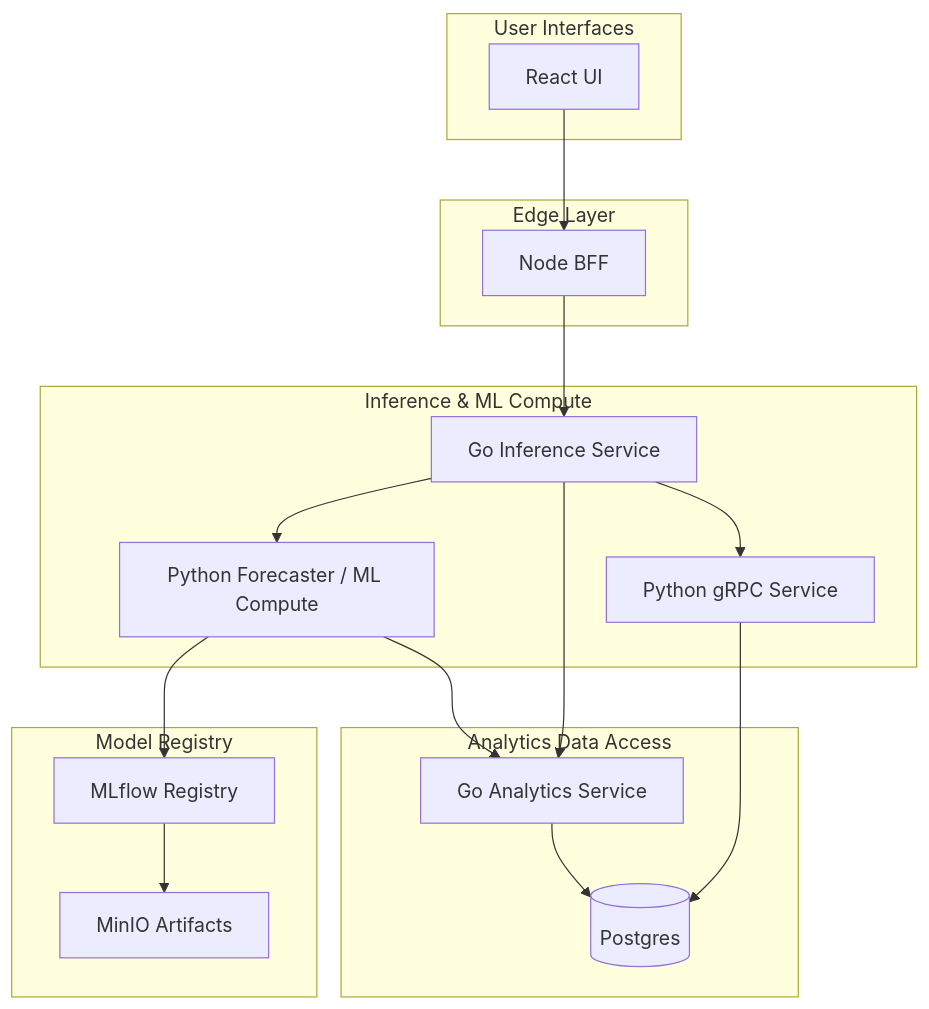
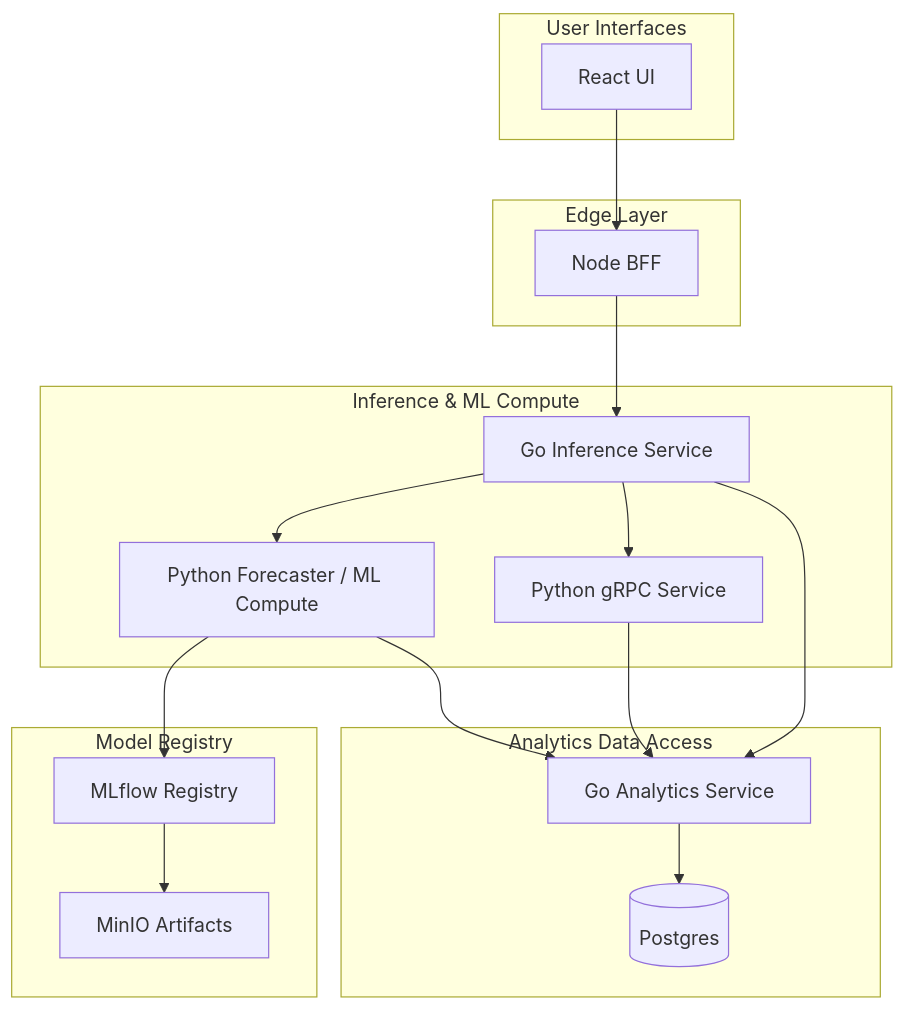
One commit to jonkmatsumo/label-lag changed the first of 3 diagrams in README.md. Above: the diagram before and after it, drawn with Mermaid. The commit also changed other lines of this file and 61 other files, not shown here.

````diff
--- a/README.md
+++ b/README.md
@@ -13,31 +13,31 @@
 ```mermaid
 flowchart TB
     subgraph UI[User Interfaces]
         UI_REACT[React UI]
     end
 
     subgraph Edge[Edge Layer]
         BFF[Node BFF]
     end
 
     subgraph Inference[Inference & ML Compute]
         GO_INF[Go Inference Service]
         PY_API[Python Forecaster / ML Compute]
         PY_GRPC[Python gRPC Service]
     end
 
     subgraph Analytics[Analytics Data Access]
         GO_CRUD[Go Analytics Service]
         DB[(Postgres)]
     end
 
     subgraph Registry[Model Registry]
         MLFLOW[MLflow Registry]
         MINIO[MinIO Artifacts]
     end
 
     UI_REACT --> BFF --> GO_INF --> PY_API --> GO_CRUD --> DB
-    GO_INF --> PY_GRPC --> DB
+    GO_INF --> PY_GRPC --> GO_CRUD
     GO_INF --> GO_CRUD
     PY_API --> MLFLOW --> MINIO
 ```
````
